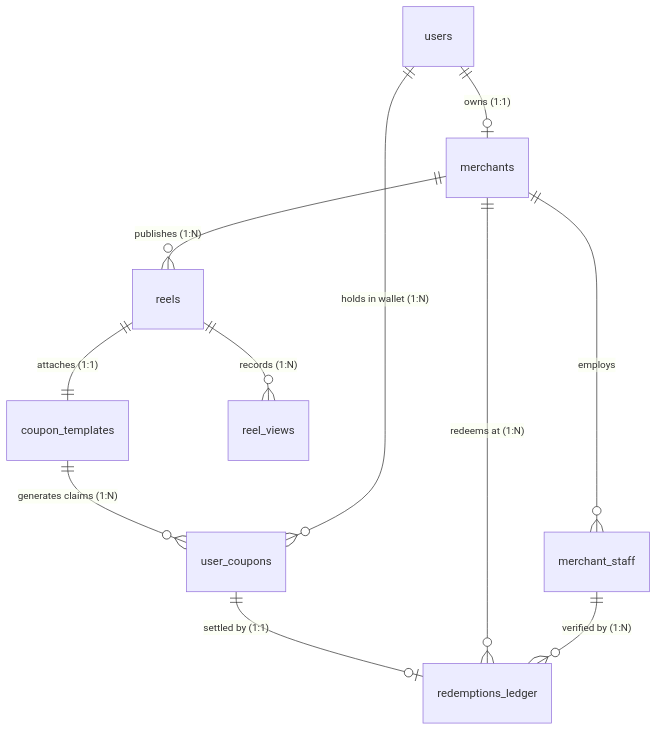
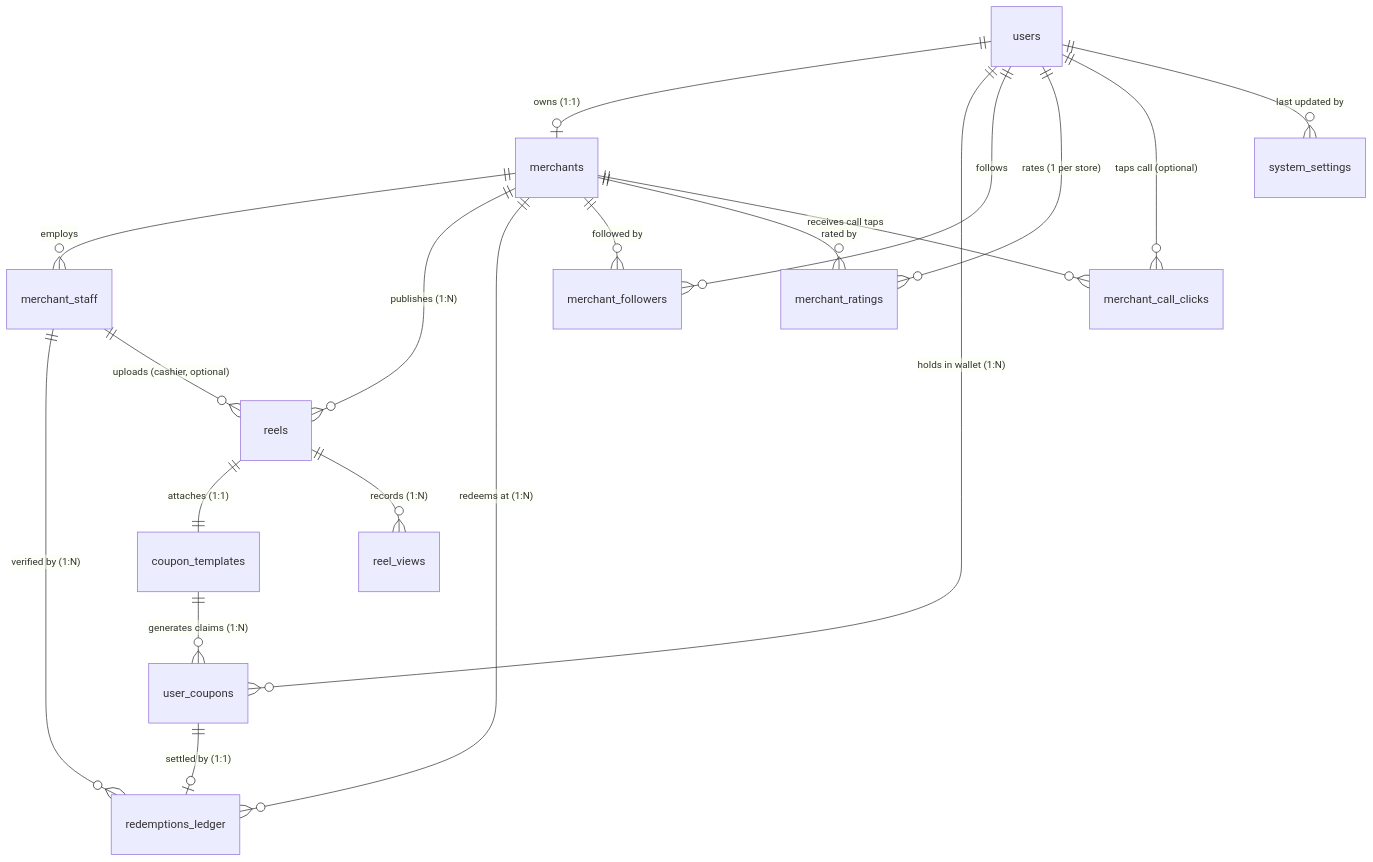
Before and after one commit to sudarshankakde/Fyndo: the first of 11 diagrams in backend/docs/backend_schema_and_flow_guide.md, drawn with Mermaid. The commit also changed other lines of this file and 1 other file, not shown here.

First line of the commit message:
docs: document store engagement and reel lifecycle

````diff
--- a/backend/docs/backend_schema_and_flow_guide.md
+++ b/backend/docs/backend_schema_and_flow_guide.md
@@ -14,13 +14,21 @@
 ```mermaid
 erDiagram
     users ||--o| merchants : "owns (1:1)"
     merchants ||--o{ merchant_staff : "employs"
     merchants ||--o{ reels : "publishes (1:N)"
     reels ||--|| coupon_templates : "attaches (1:1)"
     coupon_templates ||--o{ user_coupons : "generates claims (1:N)"
     users ||--o{ user_coupons : "holds in wallet (1:N)"
     user_coupons ||--o| redemptions_ledger : "settled by (1:1)"
     merchants ||--o{ redemptions_ledger : "redeems at (1:N)"
     merchant_staff ||--o{ redemptions_ledger : "verified by (1:N)"
     reels ||--o{ reel_views : "records (1:N)"
+    merchant_staff ||--o{ reels : "uploads (cashier, optional)"
+    merchants ||--o{ merchant_followers : "followed by"
+    users ||--o{ merchant_followers : "follows"
+    merchants ||--o{ merchant_ratings : "rated by"
+    users ||--o{ merchant_ratings : "rates (1 per store)"
+    merchants ||--o{ merchant_call_clicks : "receives call taps"
+    users ||--o{ merchant_call_clicks : "taps call (optional)"
+    users ||--o{ system_settings : "last updated by"
 ```
````
